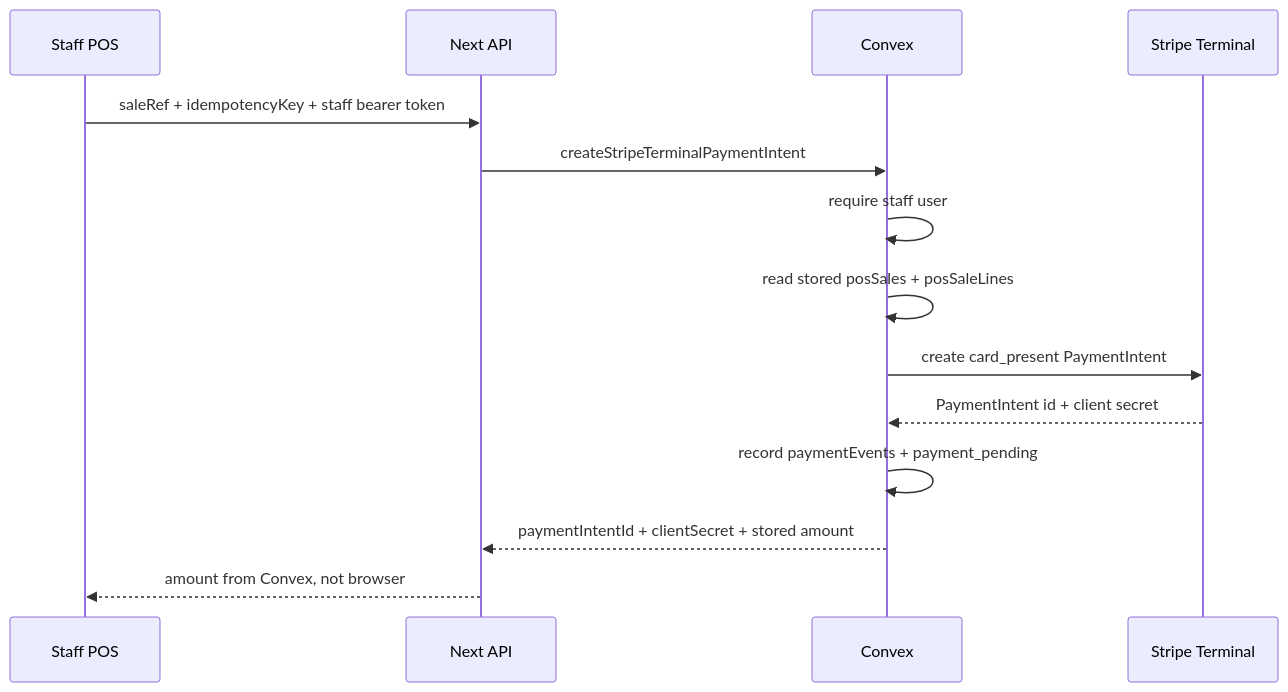
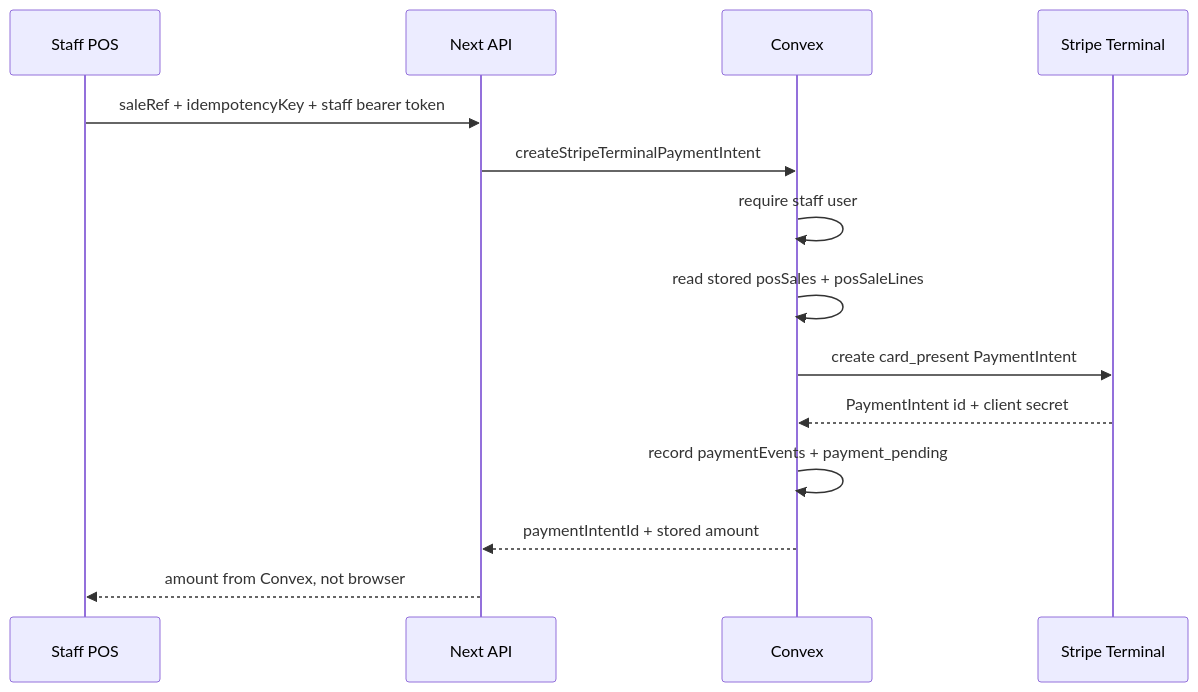
One commit to junyengit/skyla changed the diagram in docs/decisions/0009-terminal-sale-ref-hardening.md. Above: the diagram before and after it, drawn with Mermaid. The commit also changed other lines of this file and 34 other files, not shown here.

````diff
--- a/docs/decisions/0009-terminal-sale-ref-hardening.md
+++ b/docs/decisions/0009-terminal-sale-ref-hardening.md
@@ -50,17 +50,17 @@
 ```mermaid
 sequenceDiagram
   participant Staff as Staff POS
   participant Next as Next API
   participant Convex as Convex
   participant Stripe as Stripe Terminal
 
   Staff->>Next: saleRef + idempotencyKey + staff bearer token
   Next->>Convex: createStripeTerminalPaymentIntent
   Convex->>Convex: require staff user
   Convex->>Convex: read stored posSales + posSaleLines
   Convex->>Stripe: create card_present PaymentIntent
   Stripe-->>Convex: PaymentIntent id + client secret
   Convex->>Convex: record paymentEvents + payment_pending
-  Convex-->>Next: paymentIntentId + clientSecret + stored amount
+  Convex-->>Next: paymentIntentId + stored amount
   Next-->>Staff: amount from Convex, not browser
 ```
````
